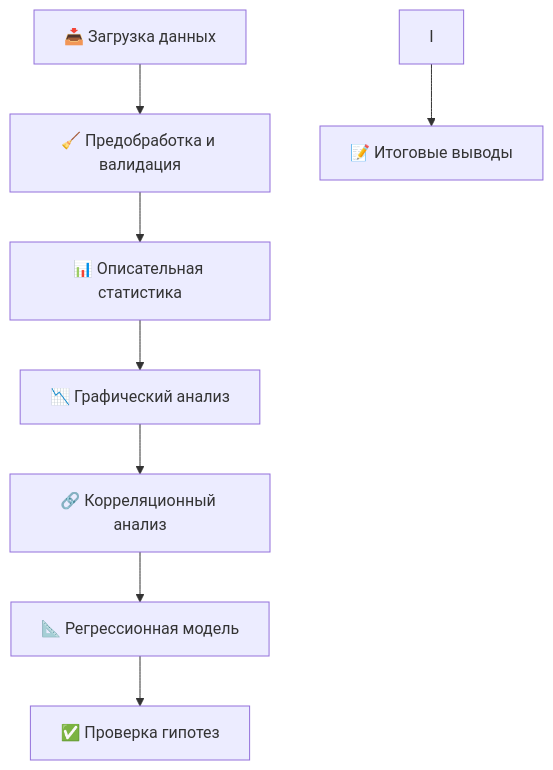
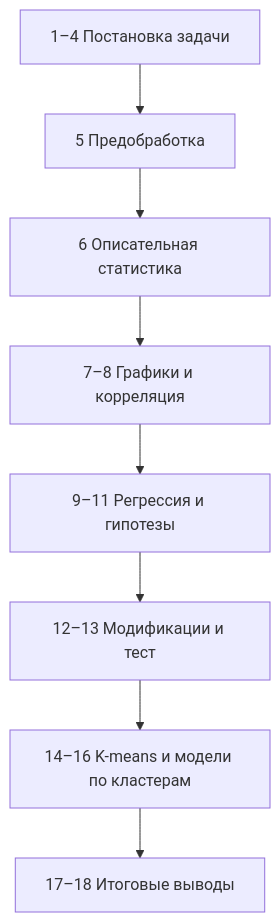
One commit to Tomato-angel/iad-life-expectancy-RF-regions-2011 changed the diagram in README.md. Above: the diagram before and after it, drawn with Mermaid. The commit also changed other lines of this file and 6 other files, not shown here.

````diff
--- a/README.md
+++ b/README.md
@@ -210,19 +160,11 @@
 ```mermaid
-
 graph TD
-
-    A[📥 Загрузка данных] --> B[🧹 Предобработка и валидация]
-
-    B --> C[📊 Описательная статистика]
-
-    C --> D[📉 Графический анализ]
-
-    D --> E[🔗 Корреляционный анализ]
-
-    E --> F[📐 Регрессионная модель]
-
-    F --> G[✅ Проверка гипотез]
-
-    I --> J[📝 Итоговые выводы]
+    A["1–4 Постановка задачи"] --> B["5 Предобработка"]
+    B --> C["6 Описательная статистика"]
+    C --> D["7–8 Графики и корреляция"]
+    D --> E["9–11 Регрессия и гипотезы"]
+    E --> F["12–13 Модификации и тест"]
+    F --> G["14–16 K-means и модели по кластерам"]
+    G --> H["17–18 Итоговые выводы"]
 
 ```
````
